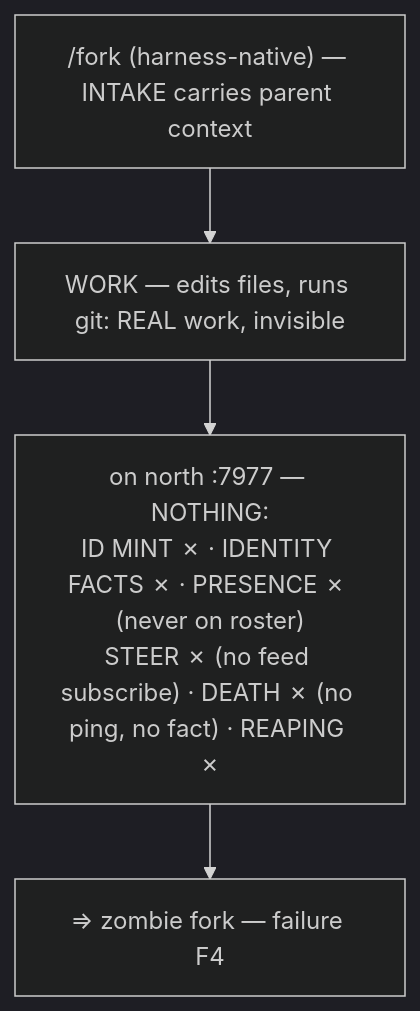
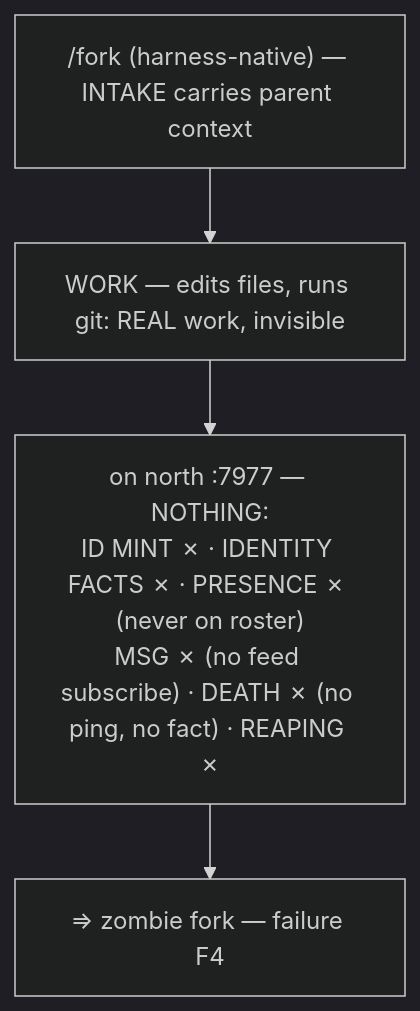
Before and after one commit to tompassarelli/north: the eighth of 10 diagrams in docs/workflow-map.md, drawn with Mermaid (dark theme). The commit also changed other lines of this file and 6 other files, not shown here.

````diff
--- a/docs/workflow-map.md
+++ b/docs/workflow-map.md
@@ -353,6 +353,6 @@
 ```mermaid
 flowchart TD
     H["/fork (harness-native) — INTAKE carries parent context"] --> W["WORK — edits files, runs git: REAL work, invisible"]
-    W --> N["on north :7977 — NOTHING:<br/>ID MINT ✗ · IDENTITY FACTS ✗ · PRESENCE ✗ (never on roster)<br/>STEER ✗ (no feed subscribe) · DEATH ✗ (no ping, no fact) · REAPING ✗"]
+    W --> N["on north :7977 — NOTHING:<br/>ID MINT ✗ · IDENTITY FACTS ✗ · PRESENCE ✗ (never on roster)<br/>MSG ✗ (no feed subscribe) · DEATH ✗ (no ping, no fact) · REAPING ✗"]
     N --> Z["⇒ zombie fork — failure F4"]
 ```
````
